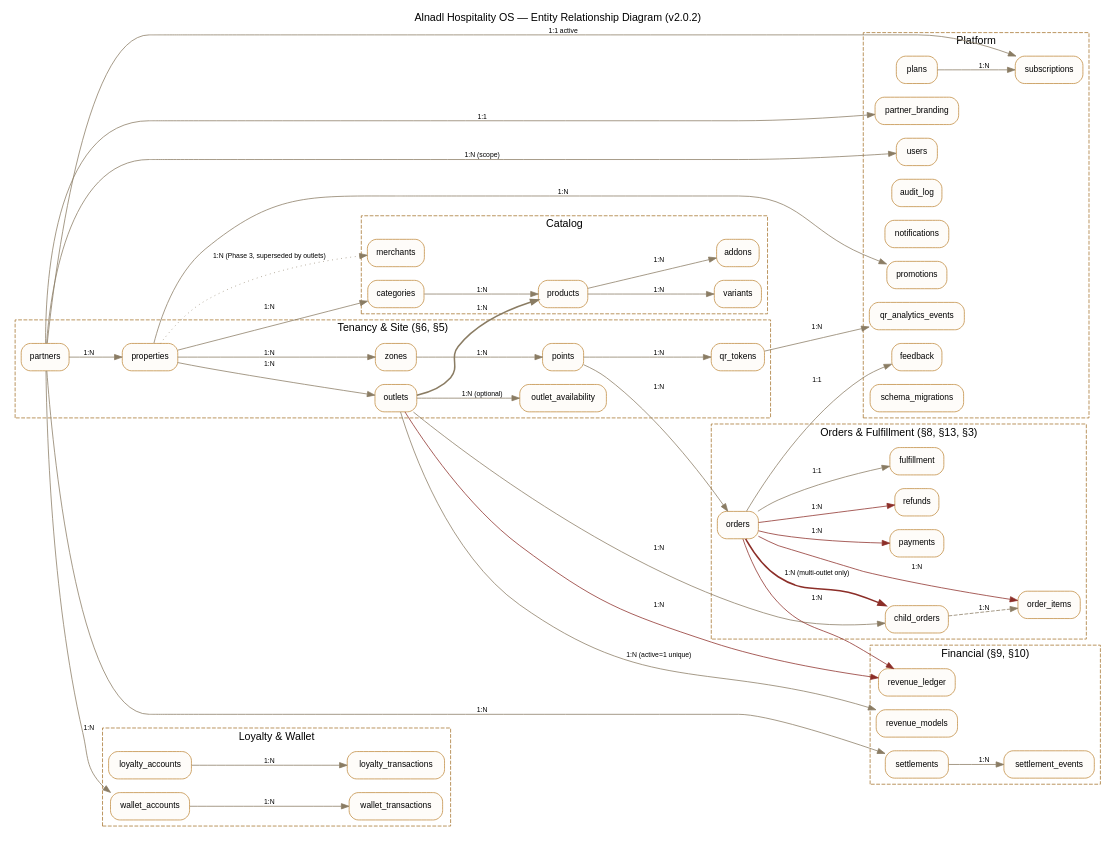
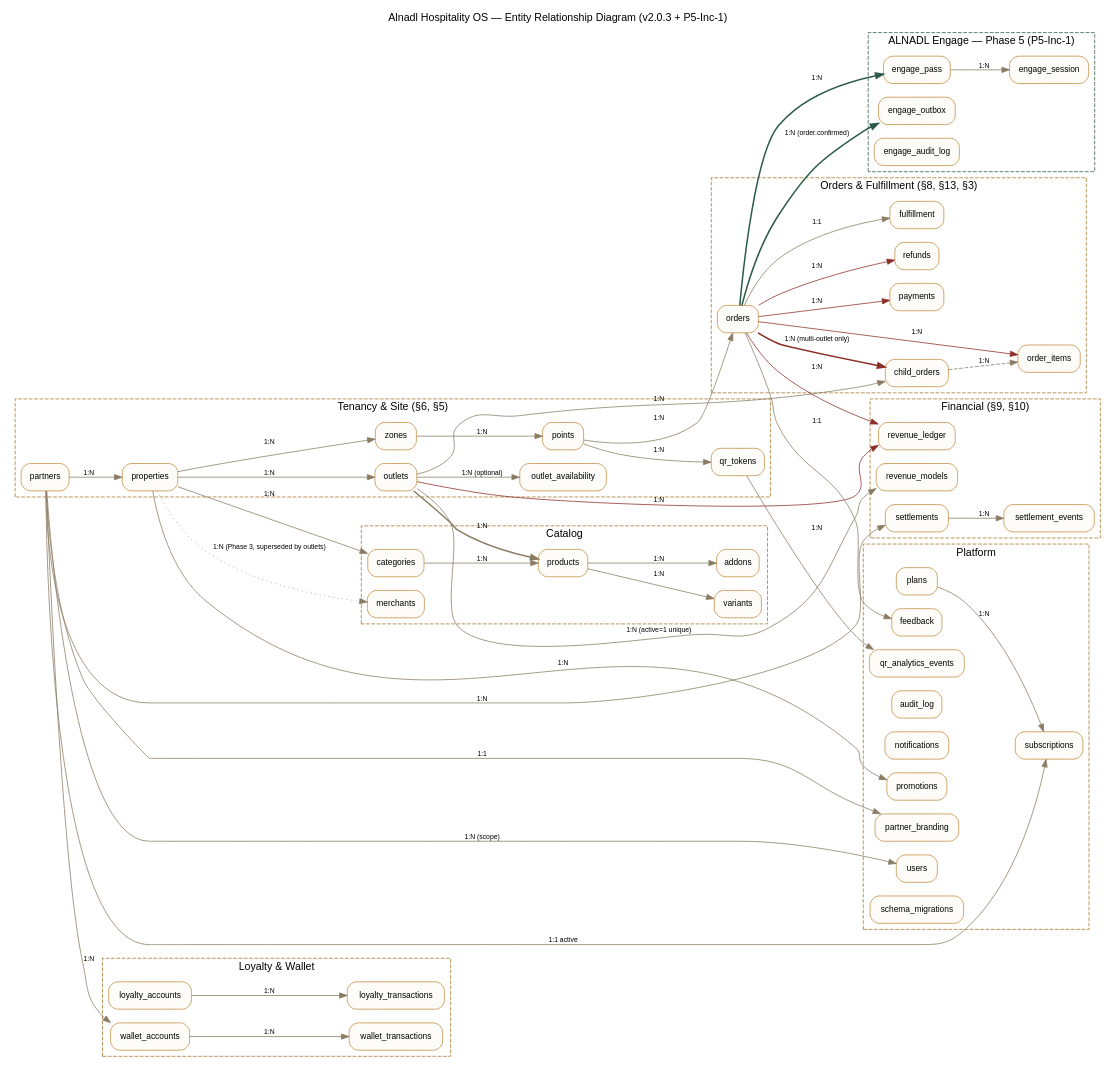
Before and after one commit to owaidh/alnadl-os: the diagram in docs/erd.dot, drawn with Graphviz. The commit also changed 13 other files, not shown here.

```diff
--- a/docs/erd.dot
+++ b/docs/erd.dot
@@ -1,76 +1,85 @@
 // docs/erd.dot — Entity Relationship Diagram (Q15).
 // Generated by hand from db.js's actual CREATE TABLE statements, grouped
 // into logical clusters for readability. Regenerate the PNG with:
 //   dot -Tpng docs/erd.dot -o docs/erd.png
 digraph ERD {
   rankdir=LR;
   node [shape=box, style="rounded,filled", fillcolor="#FEFCF9", color="#C08A3E", fontname="Helvetica", fontsize=11];
   edge [fontname="Helvetica", fontsize=9, color="#8A7C63"];
-  graph [fontname="Helvetica", fontsize=14, labelloc=t, label="Alnadl Hospitality OS — Entity Relationship Diagram (v2.0.2)"];
+  graph [fontname="Helvetica", fontsize=14, labelloc=t, label="Alnadl Hospitality OS — Entity Relationship Diagram (v2.0.3 + P5-Inc-1)"];
 
   subgraph cluster_tenancy {
     label="Tenancy & Site (§6, §5)"; style=dashed; color="#A6752F";
     partners; properties; zones; points; qr_tokens; outlets; outlet_availability;
   }
   subgraph cluster_catalog {
     label="Catalog"; style=dashed; color="#A6752F";
     categories; products; variants; addons; merchants;
   }
   subgraph cluster_orders {
     label="Orders & Fulfillment (§8, §13, §3)"; style=dashed; color="#A6752F";
     orders; order_items; child_orders; payments; refunds; fulfillment;
   }
   subgraph cluster_financial {
     label="Financial (§9, §10)"; style=dashed; color="#A6752F";
     revenue_models; revenue_ledger; settlements; settlement_events;
   }
   subgraph cluster_loyalty {
     label="Loyalty & Wallet"; style=dashed; color="#A6752F";
     loyalty_accounts; loyalty_transactions; wallet_accounts; wallet_transactions;
   }
+  subgraph cluster_engage {
+    label="ALNADL Engage — Phase 5 (P5-Inc-1)"; style=dashed; color="#2E5C4B";
+    engage_pass; engage_session; engage_outbox; engage_audit_log;
+  }
+
   subgraph cluster_platform {
     label="Platform"; style=dashed; color="#A6752F";
     plans; subscriptions; partner_branding; users; audit_log; notifications;
     promotions; feedback; qr_analytics_events; schema_migrations;
   }
+
+  orders -> engage_outbox [label="1:N (order.confirmed)", color="#2E5C4B", style=bold];
+  orders -> engage_pass [label="1:N", color="#2E5C4B", style=bold];
+  engage_pass -> engage_session [label="1:N"];
 
   partners -> properties [label="1:N"];
   properties -> zones [label="1:N"];
   zones -> points [label="1:N"];
   points -> qr_tokens [label="1:N"];
   properties -> outlets [label="1:N"];
   outlets -> outlet_availability [label="1:N (optional)"];
   properties -> categories [label="1:N"];
   categories -> products [label="1:N"];
   outlets -> products [label="1:N", style=bold];
   products -> variants [label="1:N"];
   products -> addons [label="1:N"];
   properties -> merchants [label="1:N (Phase 3, superseded by outlets)", style=dotted];
 
   points -> orders [label="1:N"];
   orders -> order_items [label="1:N", color="#8C2E28"];
   orders -> child_orders [label="1:N (multi-outlet only)", style=bold, color="#8C2E28"];
   child_orders -> order_items [label="1:N", style=dashed];
   outlets -> child_orders [label="1:N"];
   orders -> payments [label="1:N", color="#8C2E28"];
   orders -> refunds [label="1:N", color="#8C2E28"];
   orders -> fulfillment [label="1:1"];
 
   outlets -> revenue_models [label="1:N (active=1 unique)"];
   orders -> revenue_ledger [label="1:N", color="#8C2E28"];
   outlets -> revenue_ledger [label="1:N", color="#8C2E28"];
   partners -> settlements [label="1:N"];
   settlements -> settlement_events [label="1:N"];
 
   loyalty_accounts -> loyalty_transactions [label="1:N"];
   partners -> wallet_accounts [label="1:N"];
   wallet_accounts -> wallet_transactions [label="1:N"];
 
   plans -> subscriptions [label="1:N"];
   partners -> subscriptions [label="1:1 active"];
   partners -> partner_branding [label="1:1"];
   partners -> users [label="1:N (scope)"];
   qr_tokens -> qr_analytics_events [label="1:N"];
   properties -> promotions [label="1:N"];
   orders -> feedback [label="1:1"];
 }
```
